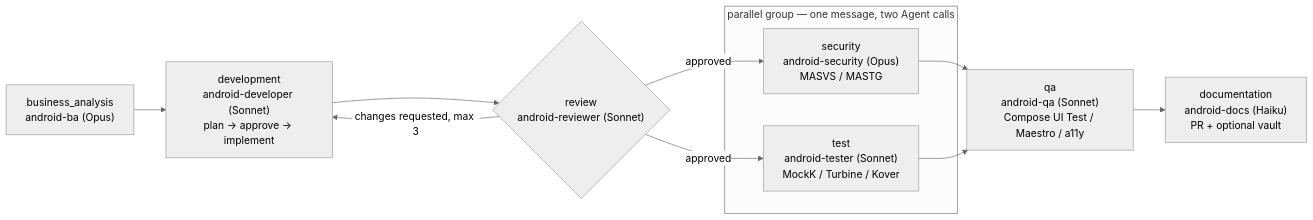
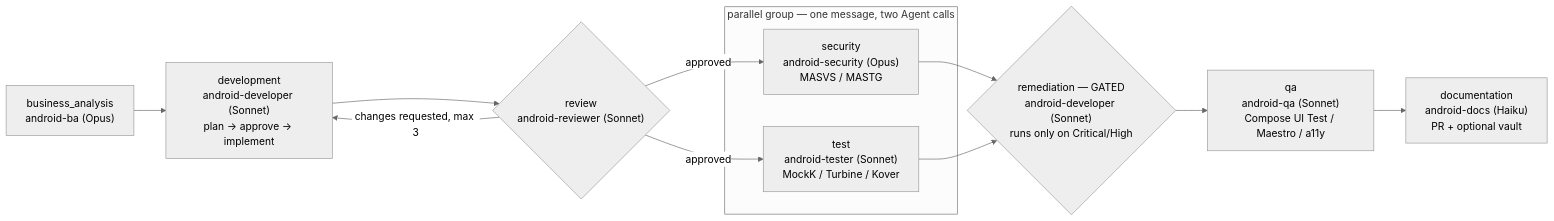
The third of 3 diagrams in docs/WORKFLOW.md (Nuclominus/agentic-sdlc-pluguin), drawn with Mermaid (neutral theme) before and after one commit. The commit also changed other lines of this file and 41 other files, not shown here.

````diff
--- a/docs/WORKFLOW.md
+++ b/docs/WORKFLOW.md
@@ -129,15 +129,16 @@
 ```mermaid
 flowchart LR
     BA["business_analysis<br/>android-ba (Opus)"] --> DEV["development<br/>android-developer (Sonnet)<br/>plan → approve → implement"]
     DEV --> REV{"review<br/>android-reviewer (Sonnet)"}
     REV -->|changes requested, max 3| DEV
     REV -->|approved| SEC
     REV -->|approved| TEST
     subgraph PAR["parallel group — one message, two Agent calls"]
       SEC["security<br/>android-security (Opus)<br/>MASVS / MASTG"]
       TEST["test<br/>android-tester (Sonnet)<br/>MockK / Turbine / Kover"]
     end
-    SEC --> QA["qa<br/>android-qa (Sonnet)<br/>Compose UI Test / Maestro / a11y"]
-    TEST --> QA
+    SEC --> REM{"remediation — GATED<br/>android-developer (Sonnet)<br/>runs only on Critical/High"}
+    TEST --> REM
+    REM --> QA["qa<br/>android-qa (Sonnet)<br/>Compose UI Test / Maestro / a11y"]
     QA --> DOCS["documentation<br/>android-docs (Haiku)<br/>PR + optional vault"]
 ```
````
